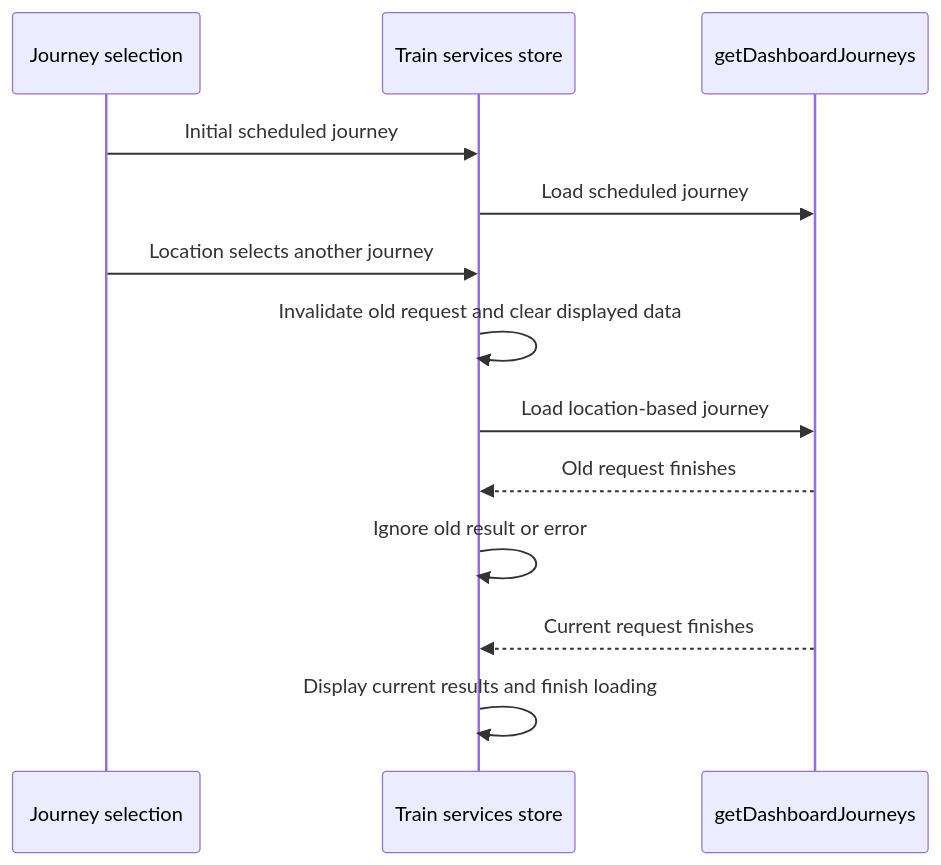
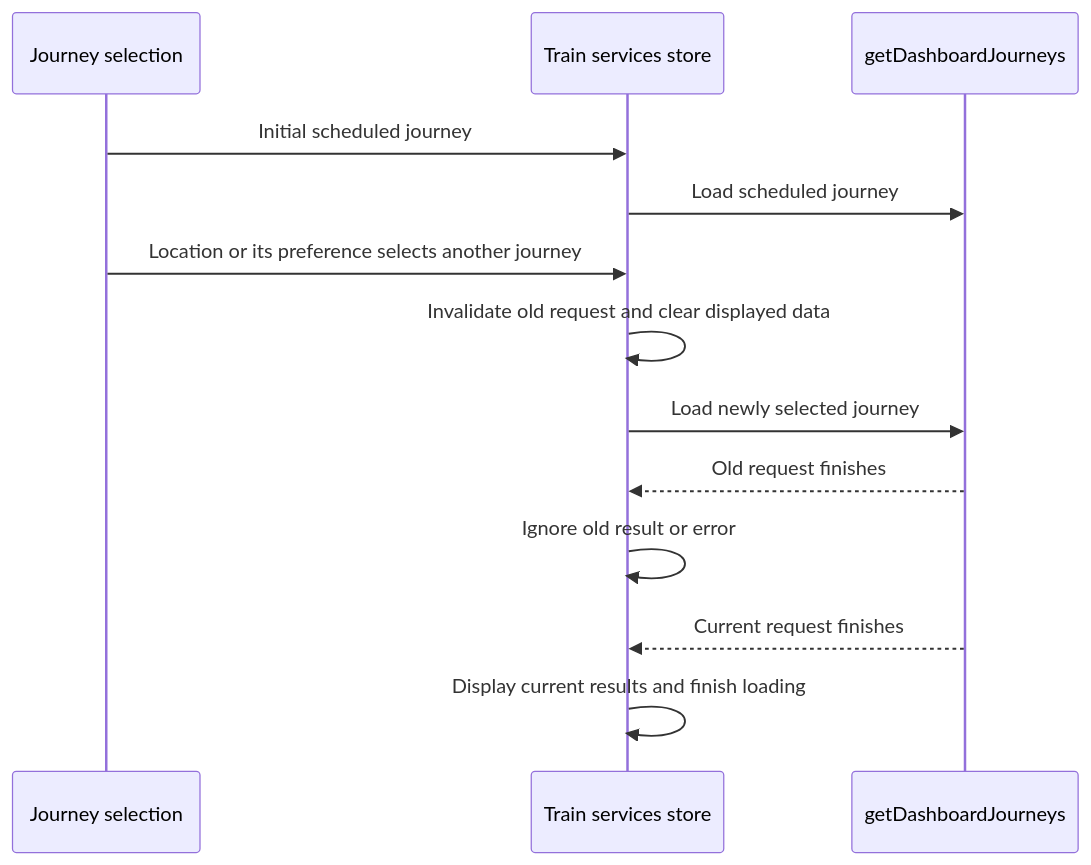
One commit to nd9600/trainDashboard changed the fifth of 5 diagrams in docs/journey-planning.md. Above: the diagram before and after it, drawn with Mermaid. The commit also changed other lines of this file and 12 other files, not shown here.

````diff
--- a/docs/journey-planning.md
+++ b/docs/journey-planning.md
@@ -153,15 +156,15 @@
 ```mermaid
 sequenceDiagram
     participant Selection as Journey selection
     participant Store as Train services store
     participant Planner as getDashboardJourneys
     Selection->>Store: Initial scheduled journey
     Store->>Planner: Load scheduled journey
-    Selection->>Store: Location selects another journey
+    Selection->>Store: Location or its preference selects another journey
     Store->>Store: Invalidate old request and clear displayed data
-    Store->>Planner: Load location-based journey
+    Store->>Planner: Load newly selected journey
     Planner-->>Store: Old request finishes
     Store->>Store: Ignore old result or error
     Planner-->>Store: Current request finishes
     Store->>Store: Display current results and finish loading
 ```
````
